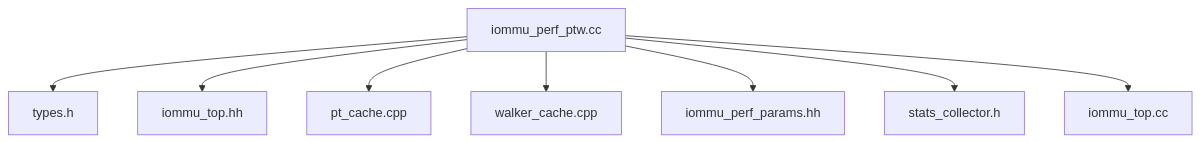
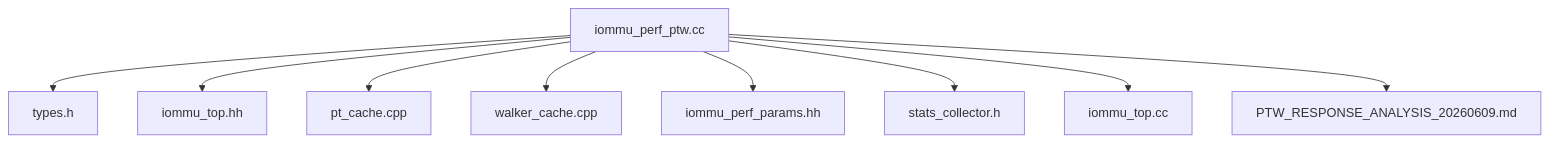
Before and after one commit to jiangjiang1122/iommu_model_20260401_v1: the eighth of 8 diagrams in .qoder/repowiki/zh/content/性能模型实现/PTW模块.md, drawn with Mermaid. The commit also changed other lines of this file and 21 other files, not shown here.

````diff
--- a/.qoder/repowiki/zh/content/性能模型实现/PTW模块.md
+++ b/.qoder/repowiki/zh/content/性能模型实现/PTW模块.md
@@ -383,18 +440,20 @@
 ```mermaid
 graph TB
 PTW[iommu_perf_ptw.cc]
 TYPES[types.h]
 TOP[iommu_top.hh]
 PT_CACHE[pt_cache.cpp]
 WALKER[walker_cache.cpp]
 PARAMS[iommu_perf_params.hh]
 STATS[stats_collector.h]
 VA_DEDUP[iommu_top.cc]
+PREFETCH[PTW_RESPONSE_ANALYSIS_20260609.md]
 PTW --> TYPES
 PTW --> TOP
 PTW --> PT_CACHE
 PTW --> WALKER
 PTW --> PARAMS
 PTW --> STATS
 PTW --> VA_DEDUP
+PTW --> PREFETCH
 ```
````
